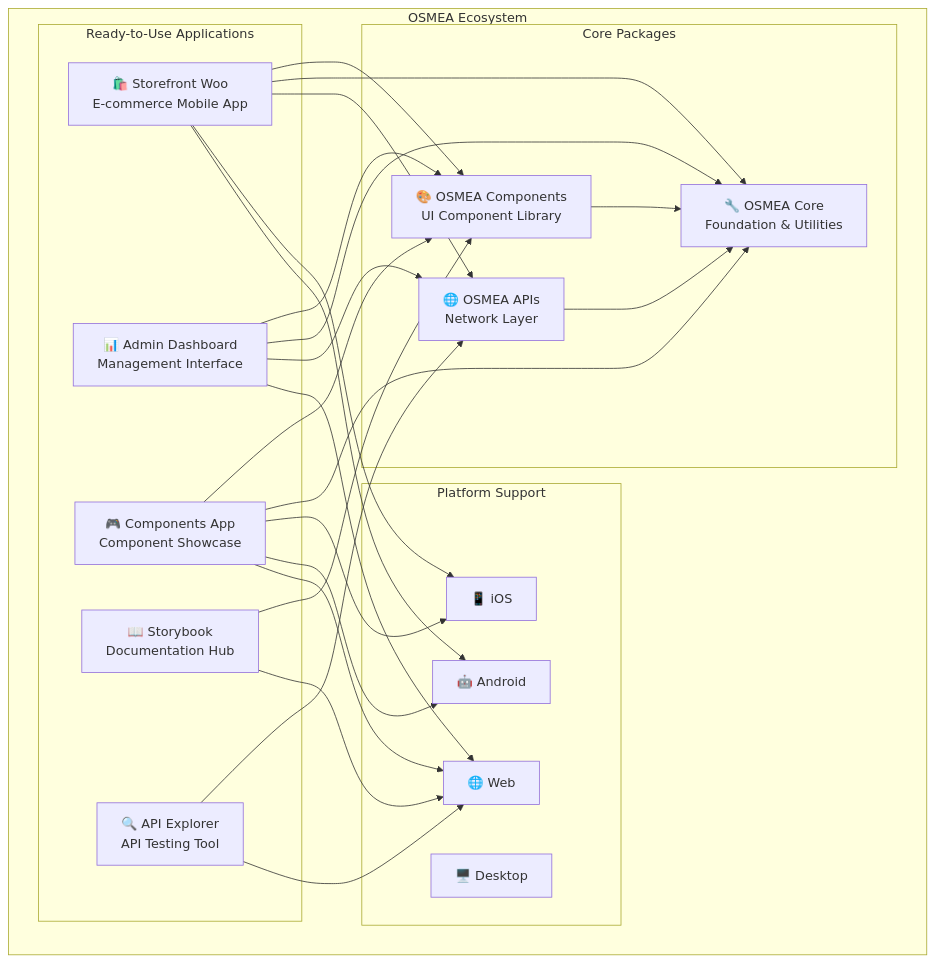
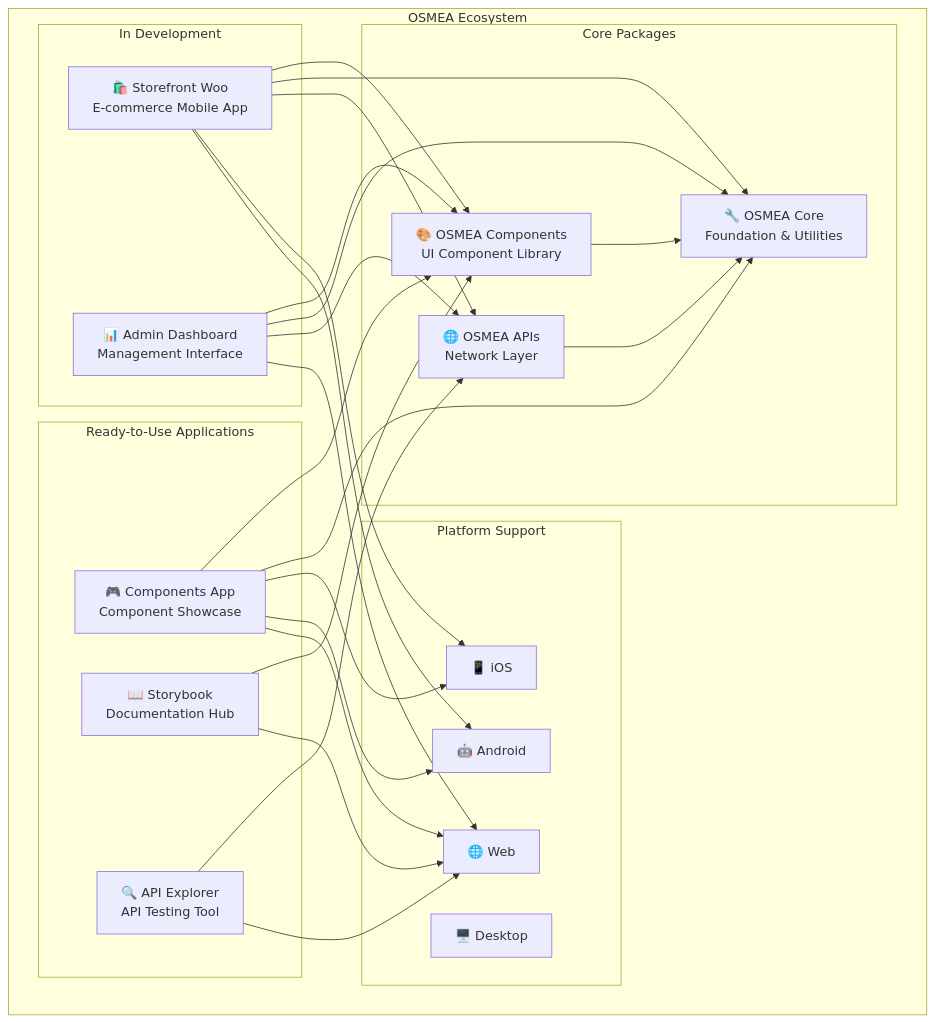
One commit to SelimKutuk/osmea changed the diagram in README.md. Above: the diagram before and after it, drawn with Mermaid. The commit also changed other lines of this file, not shown here.

Commit message:
docs: update README to include 'In Development' section, detailing ongoing projects and their statuses for improved clarity and project tracking

````diff
--- a/README.md
+++ b/README.md
@@ -208,47 +214,50 @@
 ```mermaid
 graph TB
     subgraph "OSMEA Ecosystem"
         subgraph "Core Packages"
             A[🎨 OSMEA Components<br/>UI Component Library]
             B[🔧 OSMEA Core<br/>Foundation & Utilities]
             C[🌐 OSMEA APIs<br/>Network Layer]
         end
         
         subgraph "Ready-to-Use Applications"
-            D[🛍️ Storefront Woo<br/>E-commerce Mobile App]
-            E[📊 Admin Dashboard<br/>Management Interface]
             F[🎮 Components App<br/>Component Showcase]
             G[📖 Storybook<br/>Documentation Hub]
             H[🔍 API Explorer<br/>API Testing Tool]
+        end
+        
+        subgraph "In Development"
+            D[🛍️ Storefront Woo<br/>E-commerce Mobile App]
+            E[📊 Admin Dashboard<br/>Management Interface]
         end
         
         subgraph "Platform Support"
             I[📱 iOS]
             J[🤖 Android]
             K[🌐 Web]
             L[🖥️ Desktop]
         end
     end
     
     A --> B
     C --> B
     D --> A
     D --> B
     D --> C
     E --> A
     E --> B
     E --> C
     F --> A
     F --> B
     G --> A
     H --> C
     
     D --> I
     D --> J
     E --> K
     F --> I
     F --> J
     F --> K
     G --> K
     H --> K
 ```
````
